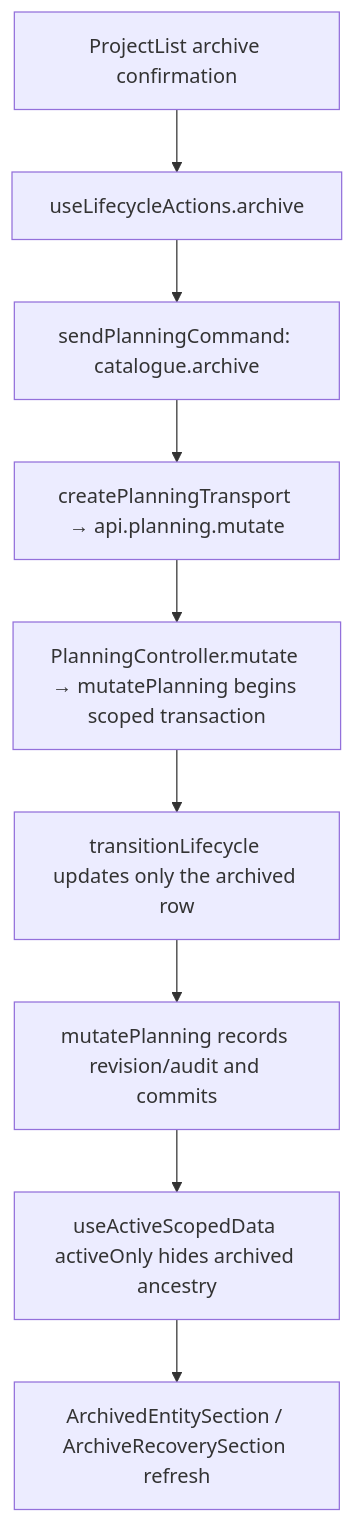
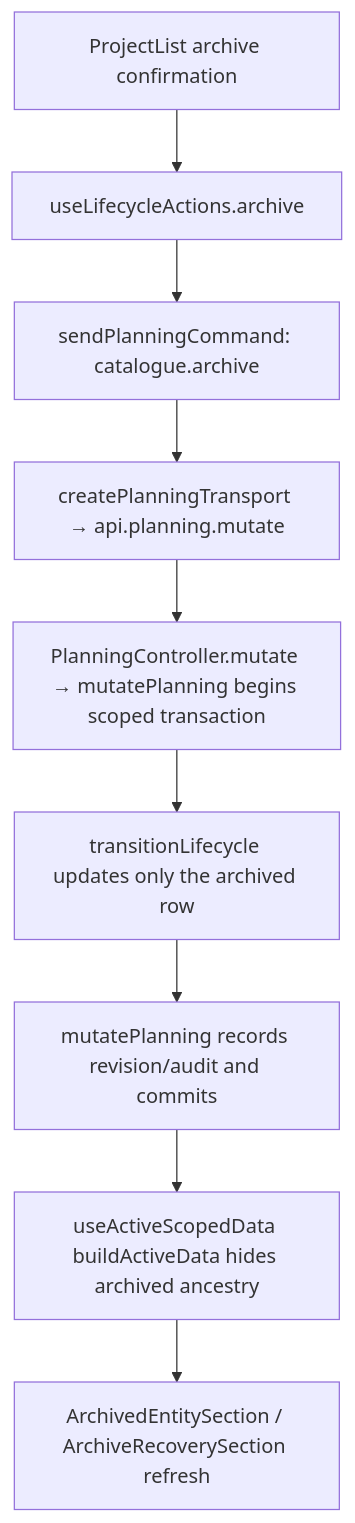
Before and after one commit to Kevinjohn/capacitylens: the second of 2 diagrams in user-stories/projects/US-PRJ-03-archive-project.md, drawn with Mermaid. The commit also changed 222 other files, not shown here.

````diff
--- a/user-stories/projects/US-PRJ-03-archive-project.md
+++ b/user-stories/projects/US-PRJ-03-archive-project.md
@@ -30,7 +30,7 @@
 ```mermaid
 flowchart TD
   A["ProjectList archive confirmation"] --> B["useLifecycleActions.archive"] --> C["sendPlanningCommand: catalogue.archive"]
   C --> D["createPlanningTransport → api.planning.mutate"] --> E["PlanningController.mutate → mutatePlanning begins scoped transaction"]
-  E --> F["transitionLifecycle updates only the archived row"] --> K["mutatePlanning records revision/audit and commits"] --> F2["useActiveScopedData activeOnly hides archived ancestry"]
+  E --> F["transitionLifecycle updates only the archived row"] --> K["mutatePlanning records revision/audit and commits"] --> F2["useActiveScopedData buildActiveData hides archived ancestry"]
   F2 --> H["ArchivedEntitySection / ArchiveRecoverySection refresh"]
 ```
````
